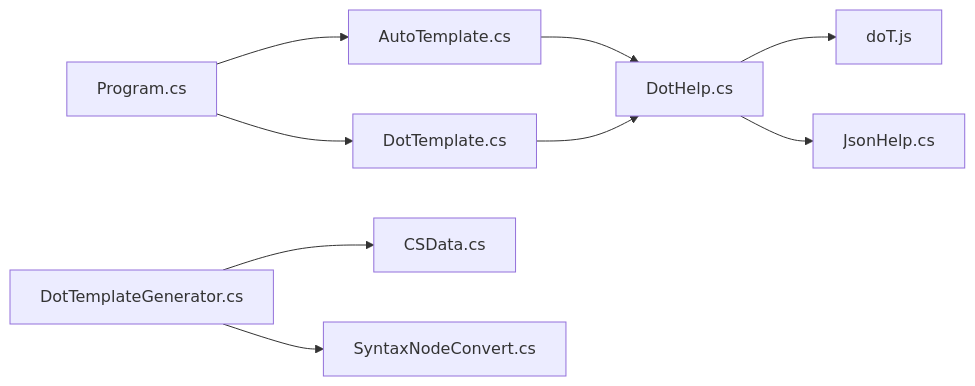
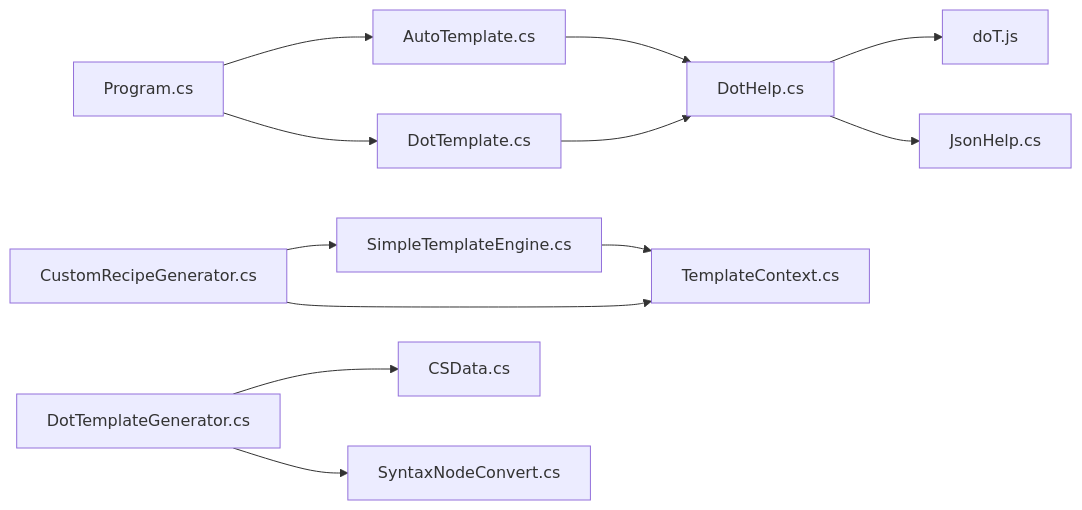
Before and after one commit to alivy/AutoCode: the eighth of 8 diagrams in .qoder/repowiki/zh/content/模板系统/模板系统.md, drawn with Mermaid. The commit also changed other lines of this file and 279 other files, not shown here.

````diff
--- a/.qoder/repowiki/zh/content/模板系统/模板系统.md
+++ b/.qoder/repowiki/zh/content/模板系统/模板系统.md
@@ -310,11 +519,14 @@
 ```mermaid
 graph LR
 Program["Program.cs"] --> AutoTemplate["AutoTemplate.cs"]
 Program --> DotTemplate["DotTemplate.cs"]
 AutoTemplate --> DotHelp["DotHelp.cs"]
 DotTemplate --> DotHelp
 DotHelp --> doTjs["doT.js"]
 DotHelp --> JsonHelp["JsonHelp.cs"]
+CustomRecipeGenerator["CustomRecipeGenerator.cs"] --> SimpleTemplateEngine["SimpleTemplateEngine.cs"]
+CustomRecipeGenerator --> TemplateContext["TemplateContext.cs"]
+SimpleTemplateEngine --> TemplateContext
 DotTemplateGenerator["DotTemplateGenerator.cs"] --> CSData["CSData.cs"]
 DotTemplateGenerator --> SyntaxNodeConvert["SyntaxNodeConvert.cs"]
 ```
````
